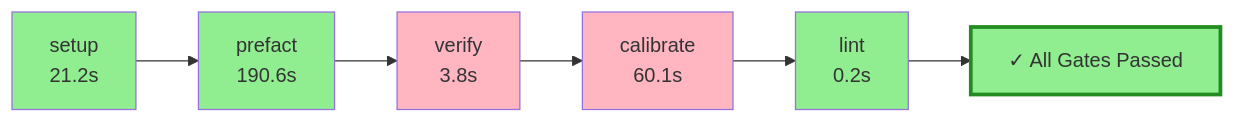
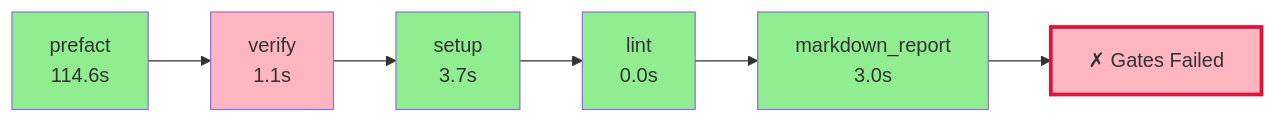
One commit to wronai/fixos changed the diagram in .pyqual/report.md. Above: the diagram before and after it, drawn with Mermaid. The commit also changed other lines of this file and 4 other files, not shown here.

````diff
--- a/.pyqual/report.md
+++ b/.pyqual/report.md
@@ -10,20 +10,20 @@
 ```mermaid
 flowchart LR
-    S0["setup<br/>21.2s"]
+    S0["prefact<br/>114.6s"]
     style S0 fill:#90EE90
-    S1["prefact<br/>190.6s"]
-    style S1 fill:#90EE90
+    S1["verify<br/>1.1s"]
+    style S1 fill:#FFB6C1
     S0 --> S1
-    S2["verify<br/>3.8s"]
-    style S2 fill:#FFB6C1
+    S2["setup<br/>3.7s"]
+    style S2 fill:#90EE90
     S1 --> S2
-    S3["calibrate<br/>60.1s"]
-    style S3 fill:#FFB6C1
+    S3["lint<br/>0.0s"]
+    style S3 fill:#90EE90
     S2 --> S3
-    S4["lint<br/>0.2s"]
+    S4["markdown_report<br/>3.0s"]
     style S4 fill:#90EE90
     S3 --> S4
-    G["✓ All Gates Passed"]
-    style G fill:#90EE90,stroke:#228B22,stroke-width:3px
+    G["✗ Gates Failed"]
+    style G fill:#FFB6C1,stroke:#DC143C,stroke-width:3px
     S4 --> G
 ```
````
